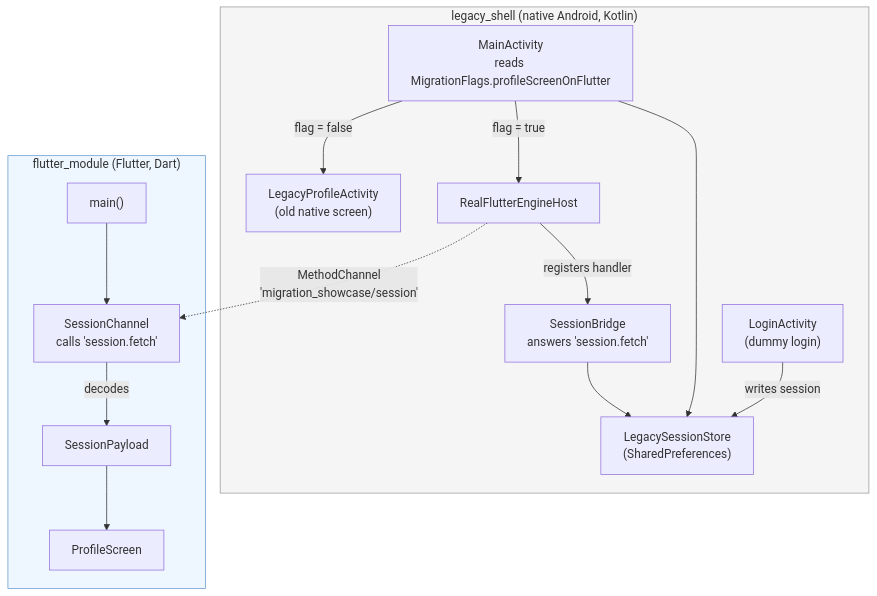
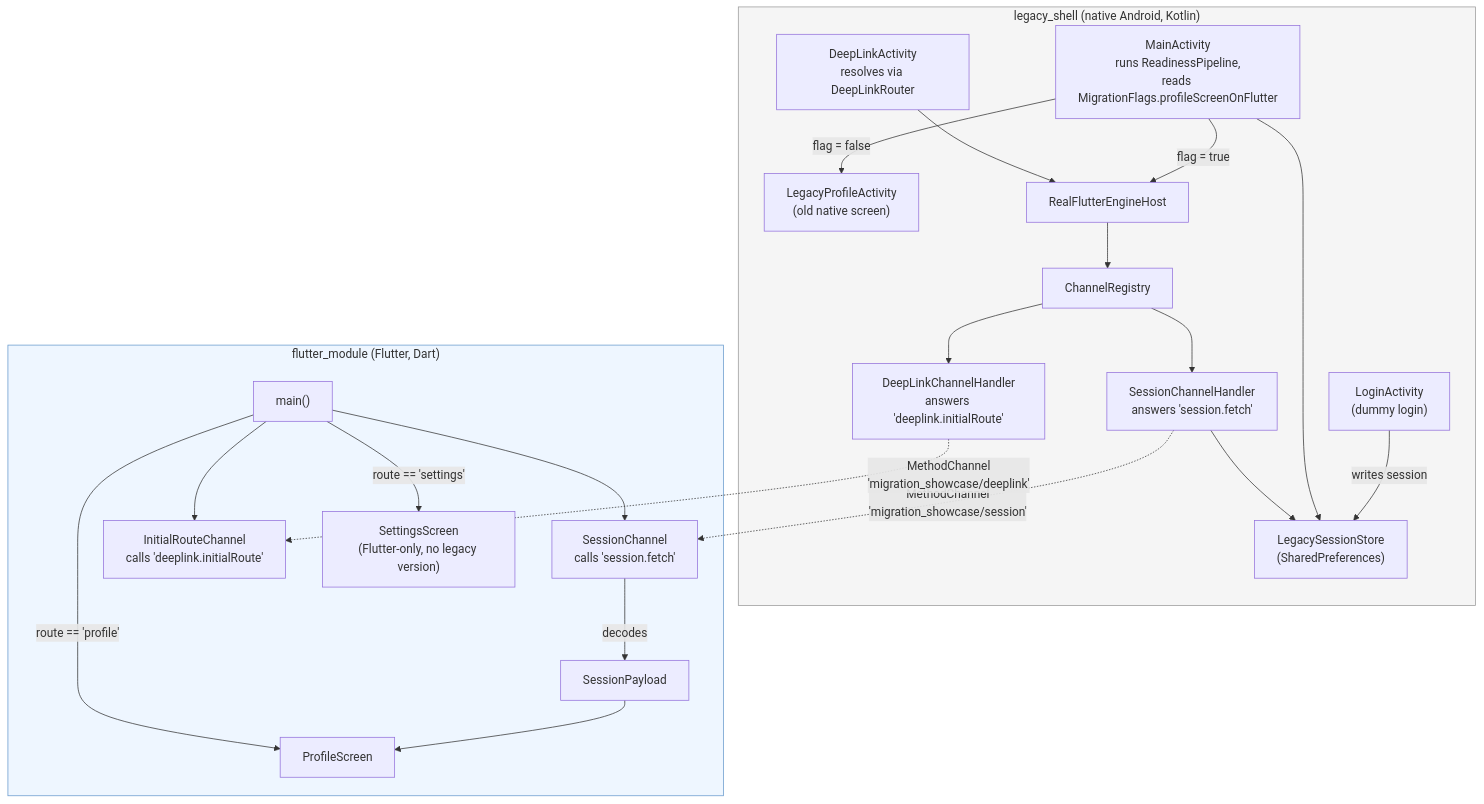
Before and after one commit to arkariz/flutter-native-migration-showcase: the first of 2 diagrams in docs/architecture.md, drawn with Mermaid. The commit also changed other lines of this file and 26 other files, not shown here.

````diff
--- a/docs/architecture.md
+++ b/docs/architecture.md
@@ -11,34 +12,46 @@
 ```mermaid
 flowchart TB
     subgraph legacy["legacy_shell (native Android, Kotlin)"]
         Login["LoginActivity<br/>(dummy login)"]
-        Main["MainActivity<br/>reads MigrationFlags.profileScreenOnFlutter"]
+        Main["MainActivity<br/>runs ReadinessPipeline,<br/>reads MigrationFlags.profileScreenOnFlutter"]
+        DeepLink["DeepLinkActivity<br/>resolves via DeepLinkRouter"]
         LegacyProfile["LegacyProfileActivity<br/>(old native screen)"]
         Store["LegacySessionStore<br/>(SharedPreferences)"]
         Host["RealFlutterEngineHost"]
-        Bridge["SessionBridge<br/>answers 'session.fetch'"]
+        Registry["ChannelRegistry"]
+        SessionH["SessionChannelHandler<br/>answers 'session.fetch'"]
+        DeepLinkH["DeepLinkChannelHandler<br/>answers 'deeplink.initialRoute'"]
 
         Login -->|writes session| Store
         Main --> Store
         Main -->|flag = false| LegacyProfile
         Main -->|flag = true| Host
-        Host -->|registers handler| Bridge
-        Bridge --> Store
+        DeepLink --> Host
+        Host --> Registry
+        Registry --> SessionH
+        Registry --> DeepLinkH
+        SessionH --> Store
     end
 
     subgraph flutter["flutter_module (Flutter, Dart)"]
         Main_dart["main()"]
         Channel["SessionChannel<br/>calls 'session.fetch'"]
+        RouteChannel["InitialRouteChannel<br/>calls 'deeplink.initialRoute'"]
         Payload["SessionPayload"]
-        Screen["ProfileScreen"]
+        ProfileScreen["ProfileScreen"]
+        SettingsScreen["SettingsScreen<br/>(Flutter-only, no legacy version)"]
 
         Main_dart --> Channel
+        Main_dart --> RouteChannel
         Channel -->|decodes| Payload
-        Payload --> Screen
+        Payload --> ProfileScreen
+        Main_dart -->|route == 'settings'| SettingsScreen
+        Main_dart -->|route == 'profile'| ProfileScreen
     end
 
-    Host -.->|"MethodChannel<br/>'migration_showcase/session'"| Channel
+    SessionH -.->|"MethodChannel<br/>'migration_showcase/session'"| Channel
+    DeepLinkH -.->|"MethodChannel<br/>'migration_showcase/deeplink'"| RouteChannel
 
     style legacy fill:#f5f5f5,stroke:#999
     style flutter fill:#eef6ff,stroke:#6699cc
 ```
````
